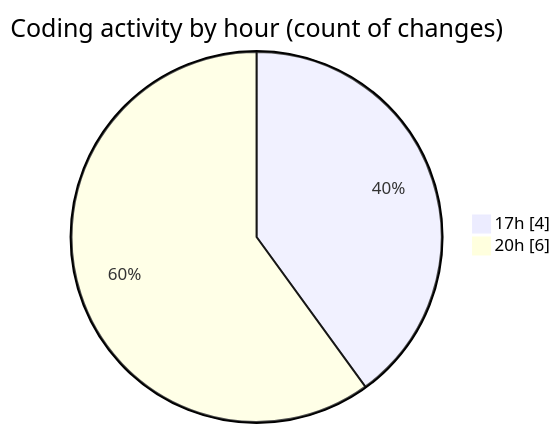
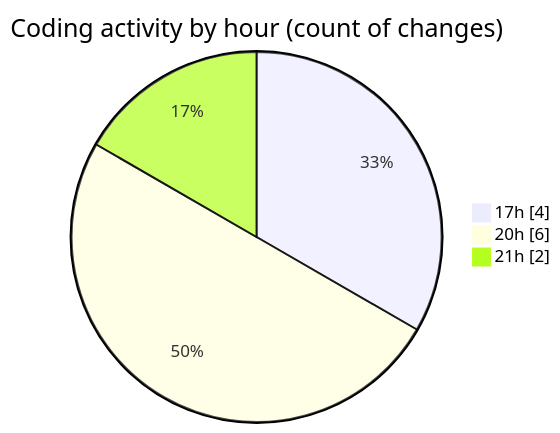
One commit to idhammustaqopulfikri/code-tracking changed the second of 2 diagrams in 2025-05-16/booking/README.md. Above: the diagram before and after it, drawn with Mermaid. The commit also changed other lines of this file and 1 other file, not shown here.

````diff
--- a/2025-05-16/booking/README.md
+++ b/2025-05-16/booking/README.md
@@ -35,6 +37,7 @@
 ```mermaid
 pie showData
 title Coding activity by hour (count of changes)
 "17h" : 4
 "20h" : 6
+"21h" : 2
 ```
````
